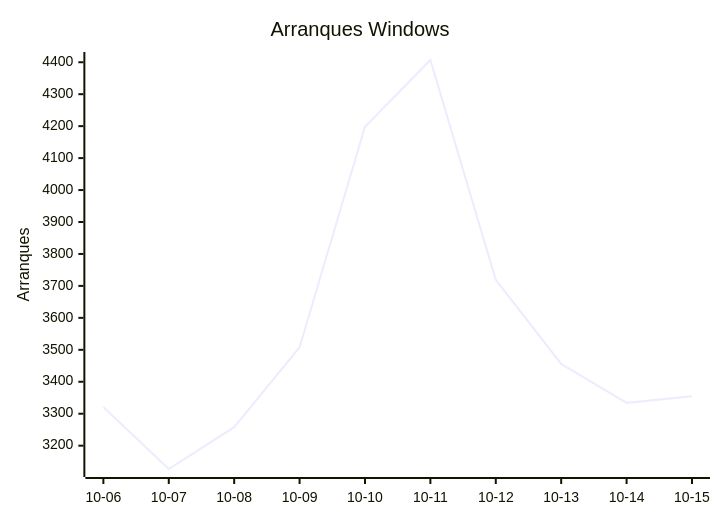
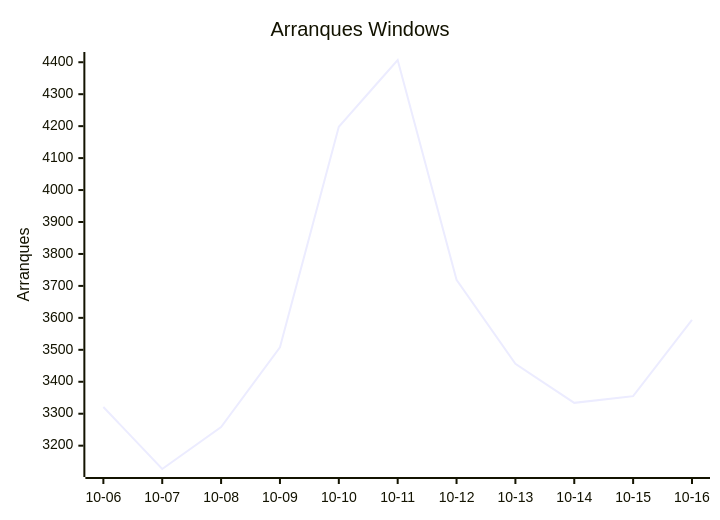
Before and after one commit to EmuDeck/stats: the third of 8 diagrams in README.md, drawn with Mermaid. The commit also changed other lines of this file and 2 other files, not shown here.

````diff
--- a/README.md
+++ b/README.md
@@ -34,7 +34,7 @@
 ```mermaid
 xychart-beta
     title "Arranques Windows"
-    x-axis ["10-06", "10-07", "10-08", "10-09", "10-10", "10-11", "10-12", "10-13", "10-14", "10-15"]
+    x-axis ["10-06", "10-07", "10-08", "10-09", "10-10", "10-11", "10-12", "10-13", "10-14", "10-15", "10-16"]
     y-axis "Arranques"
-    line [3321, 3127, 3258, 3508, 4198, 4407, 3719, 3456, 3334, 3355]
+    line [3321, 3127, 3258, 3508, 4198, 4407, 3719, 3456, 3334, 3355, 3594]
 ```
````
